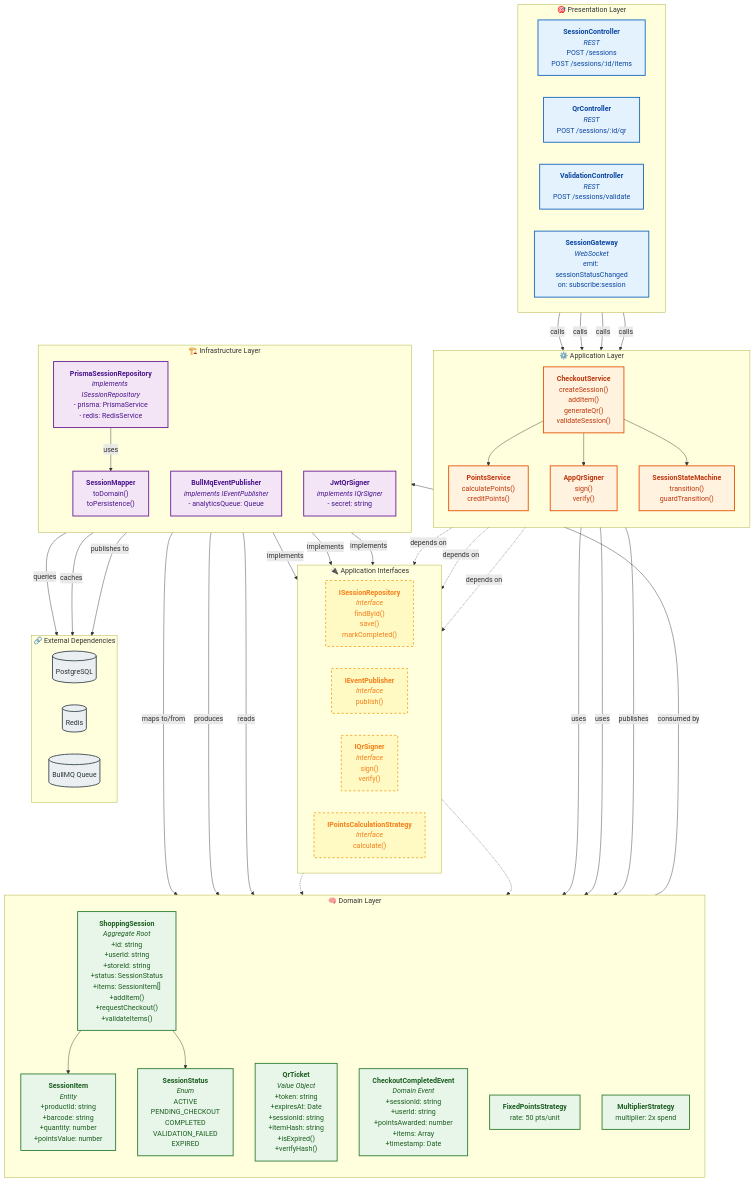
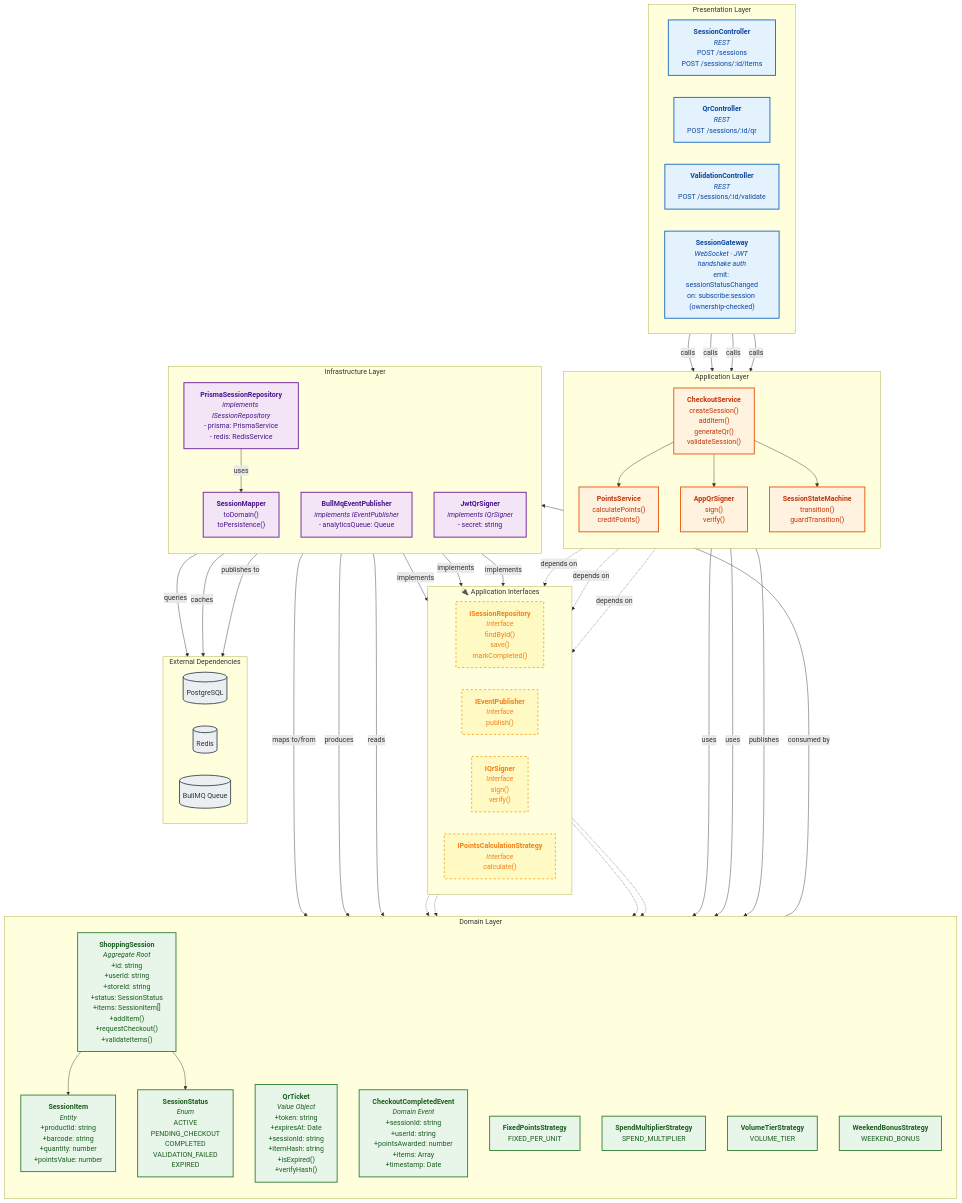
One commit to davlm05/IICaso_DiseSoftware changed the eighth of 10 diagrams in README.md. Above: the diagram before and after it, drawn with Mermaid. The commit also changed other lines of this file, not shown here.

````diff
--- a/README.md
+++ b/README.md
@@ -361,18 +1072,18 @@
     %% ==========================================
     %% PRESENTATION LAYER
     %% ==========================================
-    subgraph Presentation["🎯 Presentation Layer"]
+    subgraph Presentation["Presentation Layer"]
         direction LR
         SessionCtrl["<b>SessionController</b><br/><i>REST</i><br/>POST /sessions<br/>POST /sessions/:id/items"]
         QrCtrl["<b>QrController</b><br/><i>REST</i><br/>POST /sessions/:id/qr"]
-        ValidationCtrl["<b>ValidationController</b><br/><i>REST</i><br/>POST /sessions/validate"]
-        SessionGW["<b>SessionGateway</b><br/><i>WebSocket</i><br/>emit: sessionStatusChanged<br/>on: subscribe:session"]
+        ValidationCtrl["<b>ValidationController</b><br/><i>REST</i><br/>POST /sessions/:id/validate"]
+        SessionGW["<b>SessionGateway</b><br/><i>WebSocket · JWT handshake auth</i><br/>emit: sessionStatusChanged<br/>on: subscribe:session (ownership-checked)"]
     end
 
     %% ==========================================
     %% APPLICATION LAYER
     %% ==========================================
-    subgraph Application["⚙️ Application Layer"]
+    subgraph Application["Application Layer"]
         direction TB
         
         CheckoutSvc["<b>CheckoutService</b><br/>createSession()<br/>addItem()<br/>generateQr()<br/>validateSession()"]
@@ -399,7 +1110,7 @@
     %% ==========================================
     %% DOMAIN LAYER
     %% ==========================================
-    subgraph Domain["🧠 Domain Layer"]
+    subgraph Domain["Domain Layer"]
         direction TB
         
         Session["<b>ShoppingSession</b><br/><i>Aggregate Root</i><br/>+id: string<br/>+userId: string<br/>+storeId: string<br/>+status: SessionStatus<br/>+items: SessionItem[]<br/>+addItem()<br/>+requestCheckout()<br/>+validateItems()"]
@@ -412,19 +1123,23 @@
         
         SessionStatus["<b>SessionStatus</b><br/><i>Enum</i><br/>ACTIVE<br/>PENDING_CHECKOUT<br/>COMPLETED<br/>VALIDATION_FAILED<br/>EXPIRED"]
 
-        FixedStrat["<b>FixedPointsStrategy</b><br/>rate: 50 pts/unit"]
-        MultiplierStrat["<b>MultiplierStrategy</b><br/>multiplier: 2x spend"]
+        FixedStrat["<b>FixedPointsStrategy</b><br/>FIXED_PER_UNIT"]
+        MultiplierStrat["<b>SpendMultiplierStrategy</b><br/>SPEND_MULTIPLIER"]
+        VolumeStrat["<b>VolumeTierStrategy</b><br/>VOLUME_TIER"]
+        WeekendStrat["<b>WeekendBonusStrategy</b><br/>WEEKEND_BONUS"]
 
         Session --> SessionItem
         Session --> SessionStatus
         IPointsCalc -.-> FixedStrat
         IPointsCalc -.-> MultiplierStrat
+        IPointsCalc -.-> VolumeStrat
+        IPointsCalc -.-> WeekendStrat
     end
 
     %% ==========================================
     %% INFRASTRUCTURE LAYER
     %% ==========================================
-    subgraph Infrastructure["🏗️ Infrastructure Layer"]
+    subgraph Infrastructure["Infrastructure Layer"]
         direction TB
         
         PrismaSessionRepo["<b>PrismaSessionRepository</b><br/><i>implements ISessionRepository</i><br/>- prisma: PrismaService<br/>- redis: RedisService"]
@@ -436,7 +1151,7 @@
         SessionMapper["<b>SessionMapper</b><br/>toDomain()<br/>toPersistence()"]
     end
 
-    subgraph ExternalDep["🔗 External Dependencies"]
+    subgraph ExternalDep["External Dependencies"]
         direction LR
         PG[("PostgreSQL")]
         RedisCache[("Redis")]
@@ -493,7 +1208,7 @@
     class SessionCtrl,QrCtrl,ValidationCtrl,SessionGW presentation
     class CheckoutSvc,PointsSvc,QrSigner,StateMachine application
     class ISessionRepo,IEventPub,IQrSignerInt,IPointsCalc interfaces
-    class Session,SessionItem,QrTicket,CheckoutEvent,SessionStatus,FixedStrat,MultiplierStrat domain
+    class Session,SessionItem,QrTicket,CheckoutEvent,SessionStatus,FixedStrat,MultiplierStrat,VolumeStrat,WeekendStrat domain
     class PrismaSessionRepo,BullMqPublisher,JwtQrSignerImpl,SessionMapper infrastructure
     class PG,RedisCache,BullMQQueue external
 ```
````
